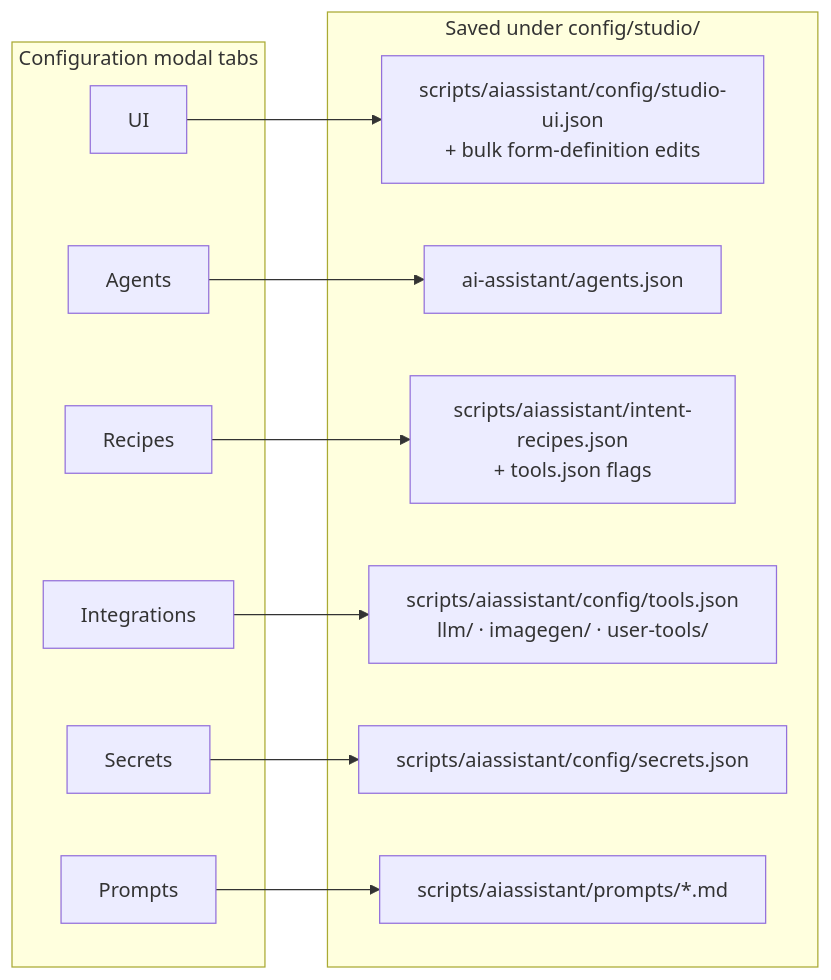
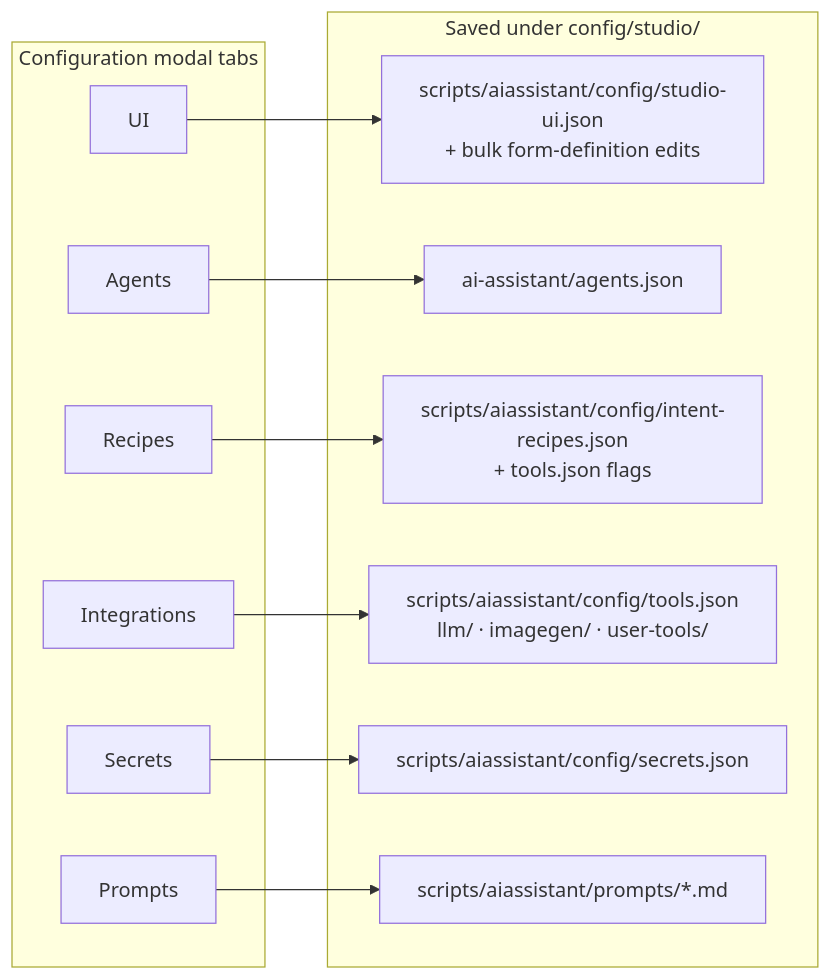
The fifth of 14 diagrams in docs/architecture-diagrams.md (craftercms/ai-assistant-plugin), drawn with Mermaid before and after one commit. The commit also changed other lines of this file and 30 other files, not shown here.

````diff
--- a/docs/architecture-diagrams.md
+++ b/docs/architecture-diagrams.md
@@ -222,27 +223,27 @@
 ```mermaid
 flowchart LR
   subgraph tabs["Configuration modal tabs"]
     T1[UI]
     T2[Agents]
     T3[Recipes]
     T4[Integrations]
     T5[Secrets]
     T6[Prompts]
   end
 
   subgraph paths["Saved under config/studio/"]
     P1["scripts/aiassistant/config/studio-ui.json\n+ bulk form-definition edits"]
     P2["ai-assistant/agents.json"]
-    P3["scripts/aiassistant/intent-recipes.json\n+ tools.json flags"]
+    P3["scripts/aiassistant/config/intent-recipes.json\n+ tools.json flags"]
     P4["scripts/aiassistant/config/tools.json\nllm/ · imagegen/ · user-tools/"]
     P5["scripts/aiassistant/config/secrets.json"]
     P6["scripts/aiassistant/prompts/*.md"]
   end
 
   T1 --> P1
   T2 --> P2
   T3 --> P3
   T4 --> P4
   T5 --> P5
   T6 --> P6
 ```
````
